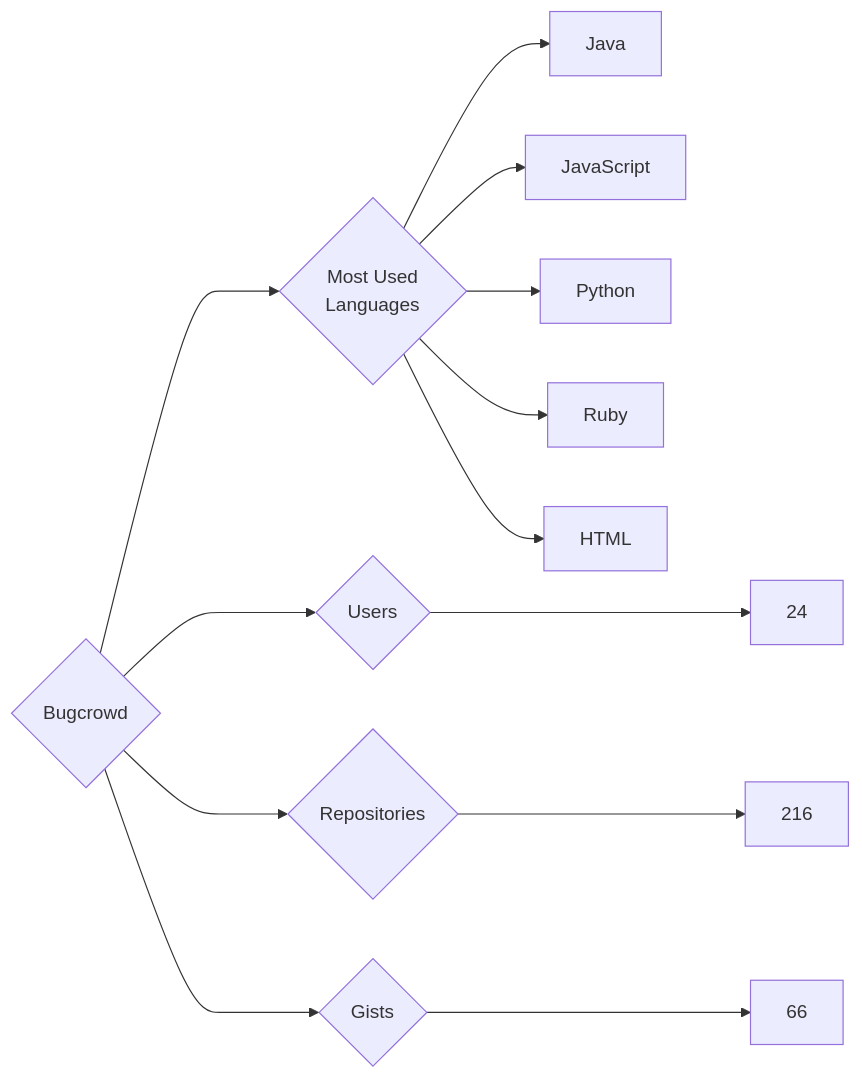
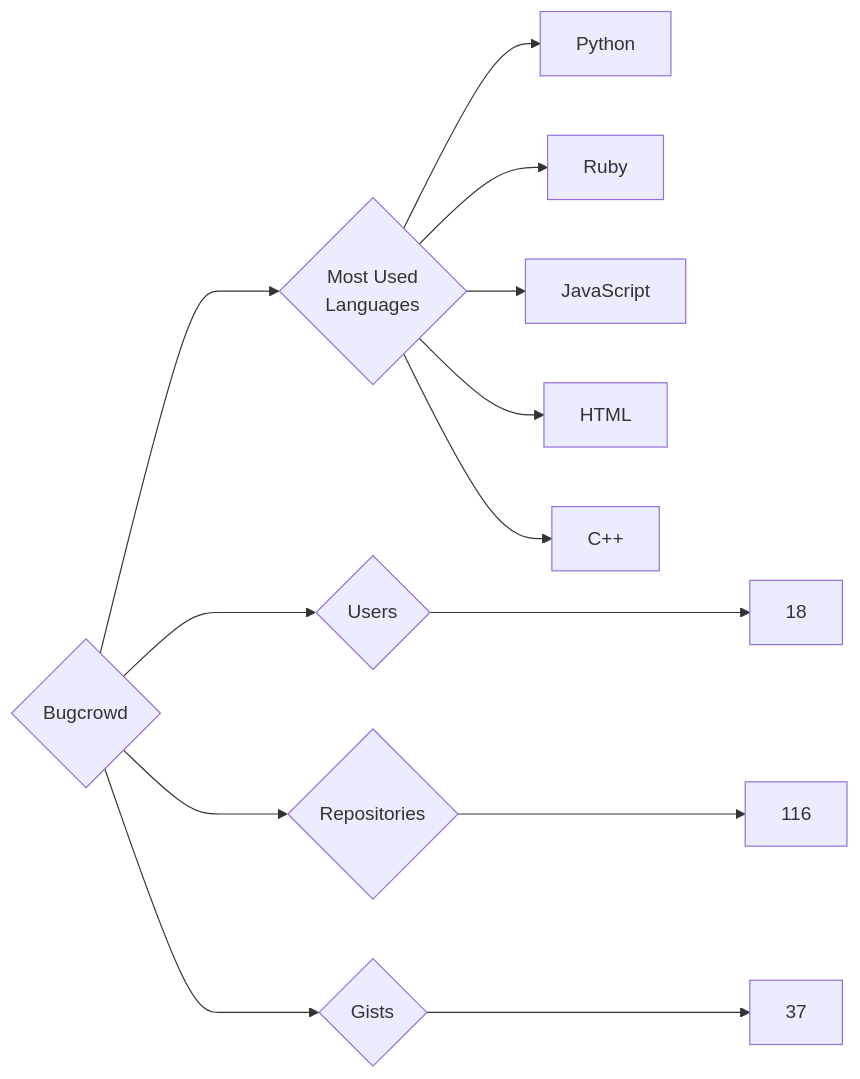
The diagram in targets/Bugcrowd/README.md (trickest/insiders), drawn with Mermaid before and after one commit. The commit also changed 1314 other files, not shown here.

````diff
--- a/targets/Bugcrowd/README.md
+++ b/targets/Bugcrowd/README.md
@@ -3,13 +3,13 @@
 ```mermaid
 graph LR
 COMPANY_NAME{Bugcrowd}
-COMPANY_NAME ---> U{Users} ---> UN[24]
-COMPANY_NAME ---> R{Repositories} ---> RN[216]
-COMPANY_NAME ---> G{Gists} ---> GN[66]
+COMPANY_NAME ---> U{Users} ---> UN[18]
+COMPANY_NAME ---> R{Repositories} ---> RN[116]
+COMPANY_NAME ---> G{Gists} ---> GN[37]
 COMPANY_NAME ---> ML{Most Used<br>Languages}
-ML --> Java[Java]
-ML --> JavaScript[JavaScript]
 ML --> Python[Python]
 ML --> Ruby[Ruby]
+ML --> JavaScript[JavaScript]
 ML --> HTML[HTML]
+ML --> C++[C++]
 ```
````
